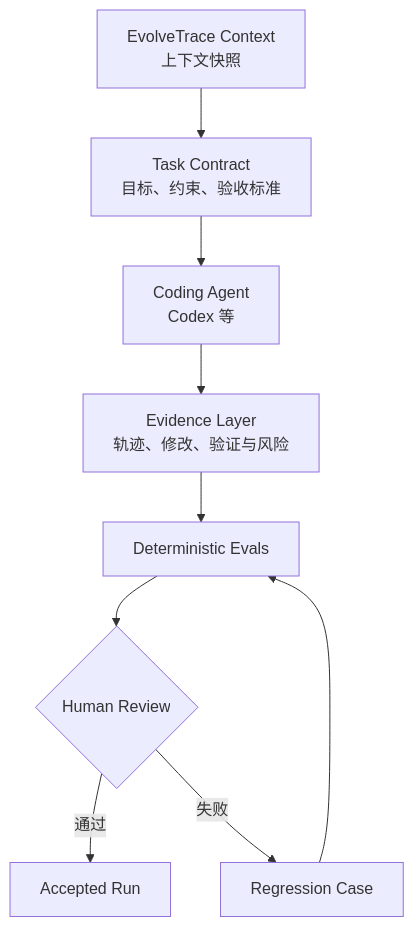
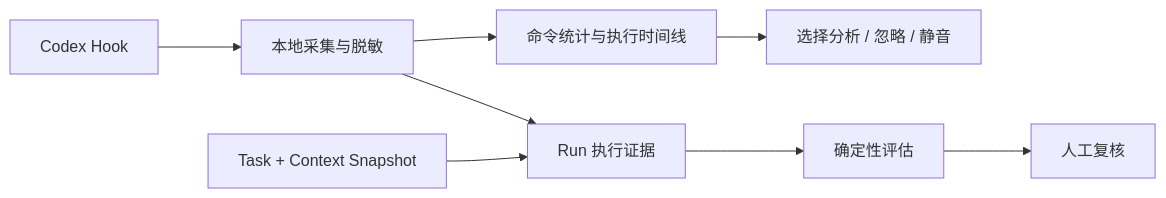
One commit to sorenjing/EvolveTrace changed the diagram in README.md. Above: the diagram before and after it, drawn with Mermaid. The commit also changed other lines of this file and 77 other files, not shown here.

````diff
--- a/README.md
+++ b/README.md
@@ -47,11 +77,10 @@
 ```mermaid
-flowchart TD
-    A["EvolveTrace Context<br/>上下文快照"] --> B["Task Contract<br/>目标、约束、验收标准"]
-    B --> C["Coding Agent<br/>Codex 等"]
-    C --> D["Evidence Layer<br/>轨迹、修改、验证与风险"]
-    D --> E["Deterministic Evals"]
-    E --> F{"Human Review"}
-    F -->|通过| G["Accepted Run"]
-    F -->|失败| H["Regression Case"]
-    H --> E
+flowchart LR
+    A[Codex Hook] --> B[本地采集与脱敏]
+    B --> C[命令统计与执行时间线]
+    C --> D[选择分析 / 忽略 / 静音]
+    E[Task + Context Snapshot] --> F[Run 执行证据]
+    B --> F
+    F --> G[确定性评估]
+    G --> H[人工复核]
 ```
````
